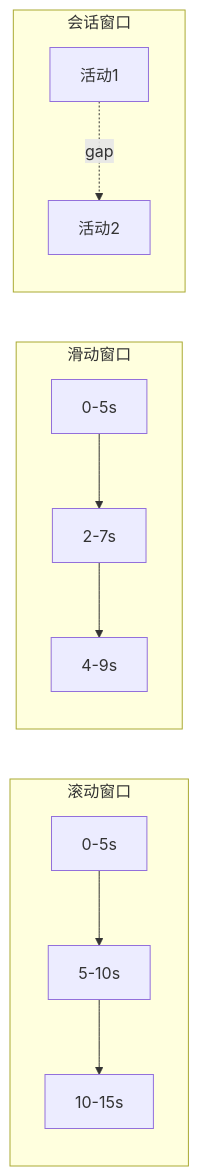
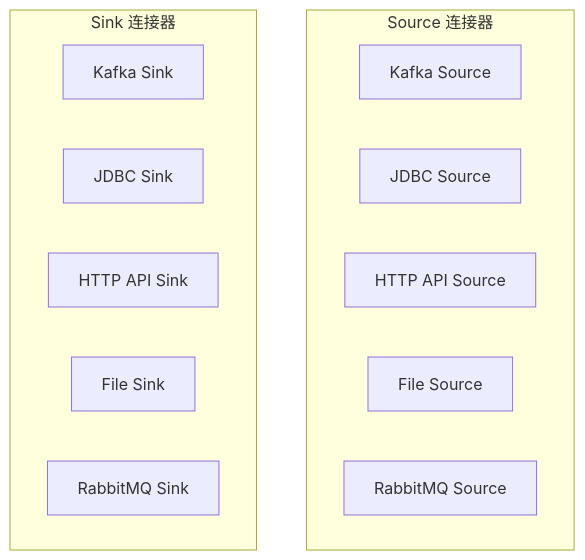
The tenth of 16 diagrams in pipeline-framework-design.md (312268112/advanced-java), drawn with Mermaid before and after one commit. The commit also changed other lines of this file, not shown here.

````diff
--- a/pipeline-framework-design.md
+++ b/pipeline-framework-design.md
@@ -373,14 +918,18 @@
 ```mermaid
-graph LR
-    subgraph Tumbling["滚动窗口"]
-        T1[0-5s] --> T2[5-10s] --> T3[10-15s]
+graph TB
+    subgraph "Source 连接器"
+        Kafka[Kafka Source]
+        JDBC[JDBC Source]
+        HTTP[HTTP API Source]
+        File[File Source]
+        MQ[RabbitMQ Source]
     end
     
-    subgraph Sliding["滑动窗口"]
-        S1[0-5s] --> S2[2-7s] --> S3[4-9s]
-    end
-    
-    subgraph Session["会话窗口"]
-        SS1[活动1] -.gap.-> SS2[活动2]
+    subgraph "Sink 连接器"
+        KafkaS[Kafka Sink]
+        JDBCS[JDBC Sink]
+        HTTPS[HTTP API Sink]
+        FileS[File Sink]
+        MQS[RabbitMQ Sink]
     end
 ```
````
